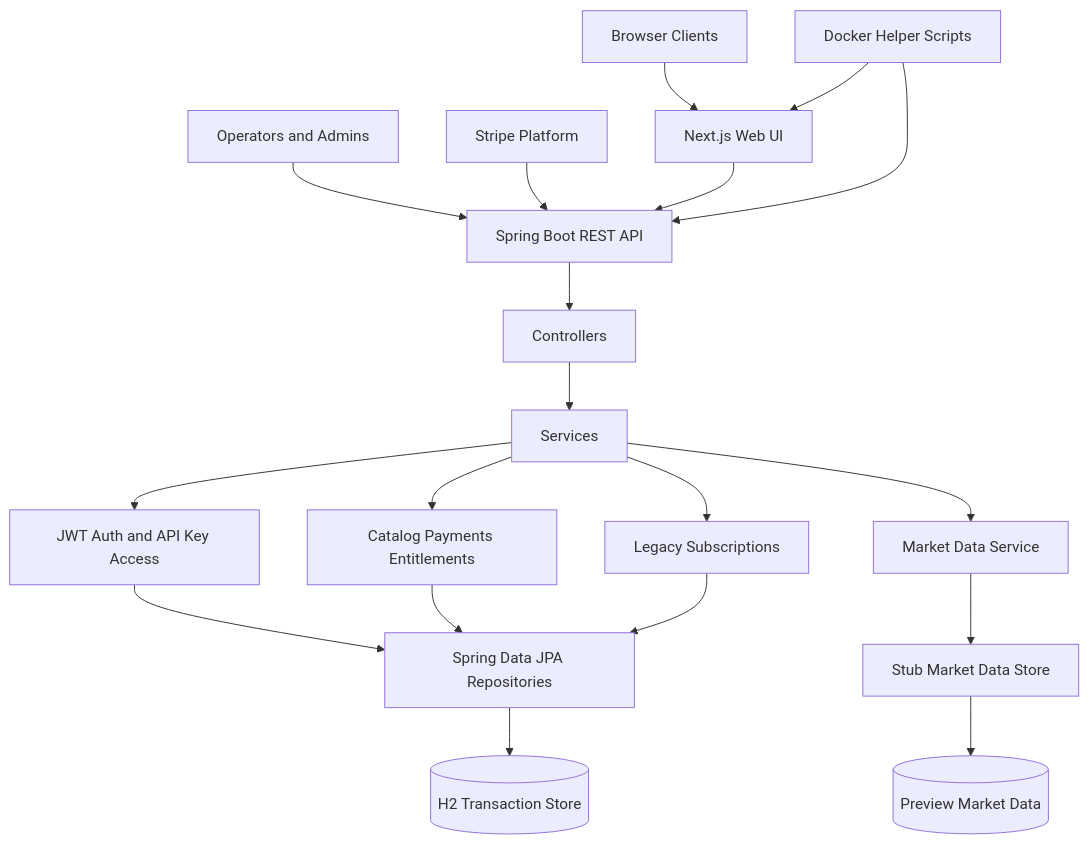
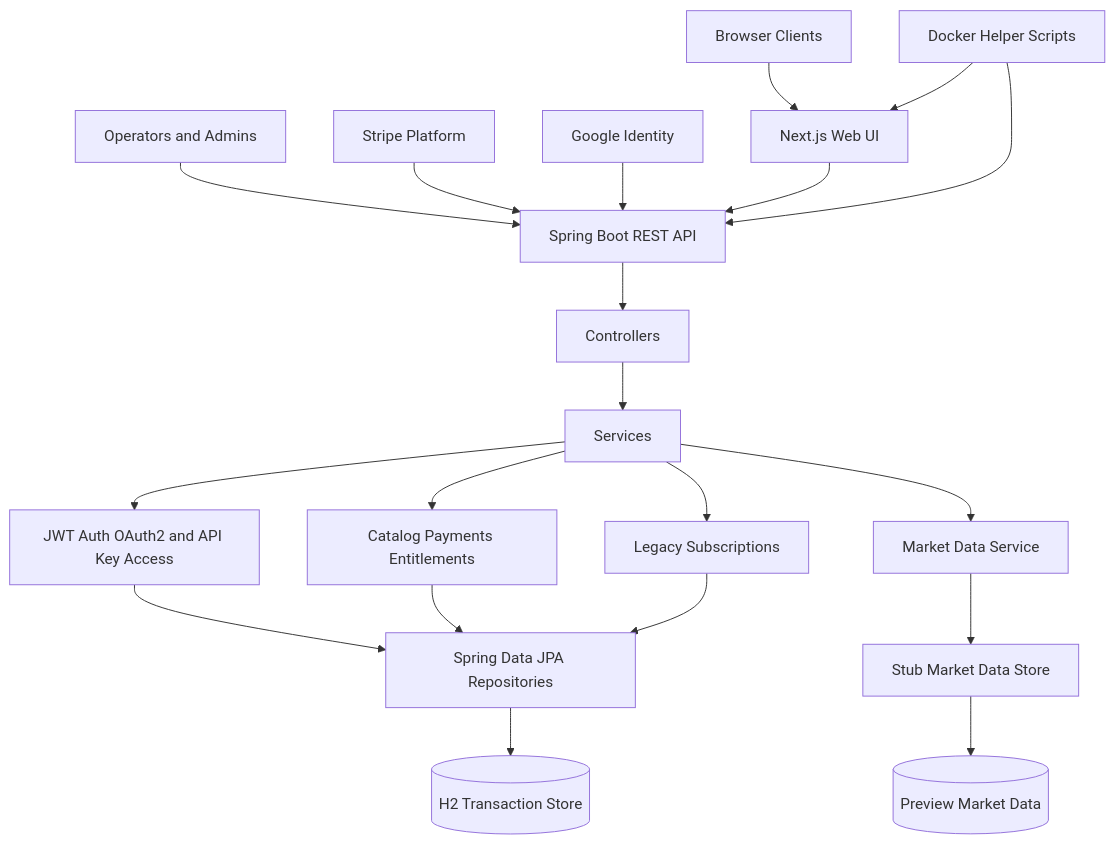
Before and after one commit to khab40/spring-boot-java-refresh: the diagram in docs/diagrams/architecture-overview.md, drawn with Mermaid. The commit also changed 27 other files, not shown here.

Commit message:
feat: add Google OAuth2 login with JWT and API key integration

````diff
--- a/docs/diagrams/architecture-overview.md
+++ b/docs/diagrams/architecture-overview.md
@@ -7,21 +7,22 @@
 ```mermaid
 graph TB
     Client[Browser Clients] --> Next[Next.js Web UI]
     Admin[Operators and Admins] --> Api
     Stripe[Stripe Platform] --> Api
+    Google[Google Identity] --> Api
     Next --> Api[Spring Boot REST API]
     Api --> Controllers[Controllers]
     Controllers --> Services[Services]
-    Services --> Security[JWT Auth and API Key Access]
+    Services --> Security[JWT Auth OAuth2 and API Key Access]
     Services --> Commerce[Catalog Payments Entitlements]
     Services --> Market[Market Data Service]
     Services --> Legacy[Legacy Subscriptions]
     Security --> Repositories[Spring Data JPA Repositories]
     Commerce --> Repositories
     Legacy --> Repositories
     Market --> StubStore[Stub Market Data Store]
     StubStore --> Preview[(Preview Market Data)]
     Repositories --> H2[(H2 Transaction Store)]
     Scripts[Docker Helper Scripts] --> Api
     Scripts --> Next
 ```
````
